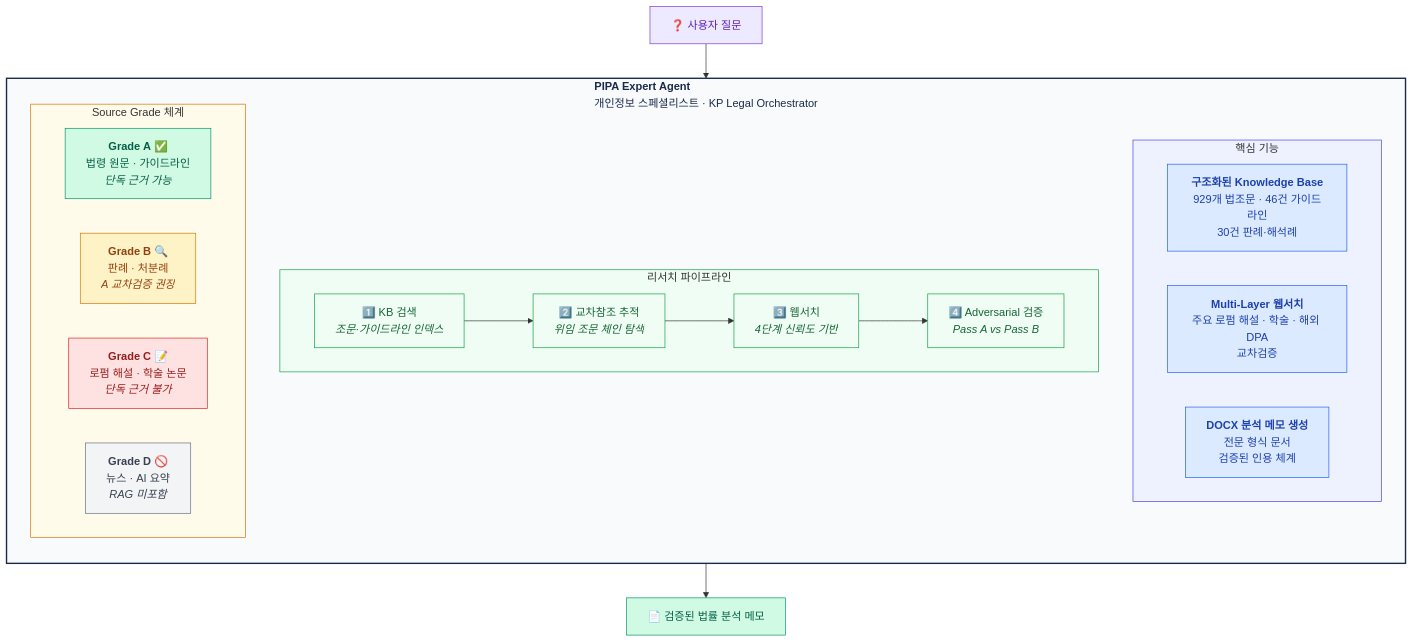
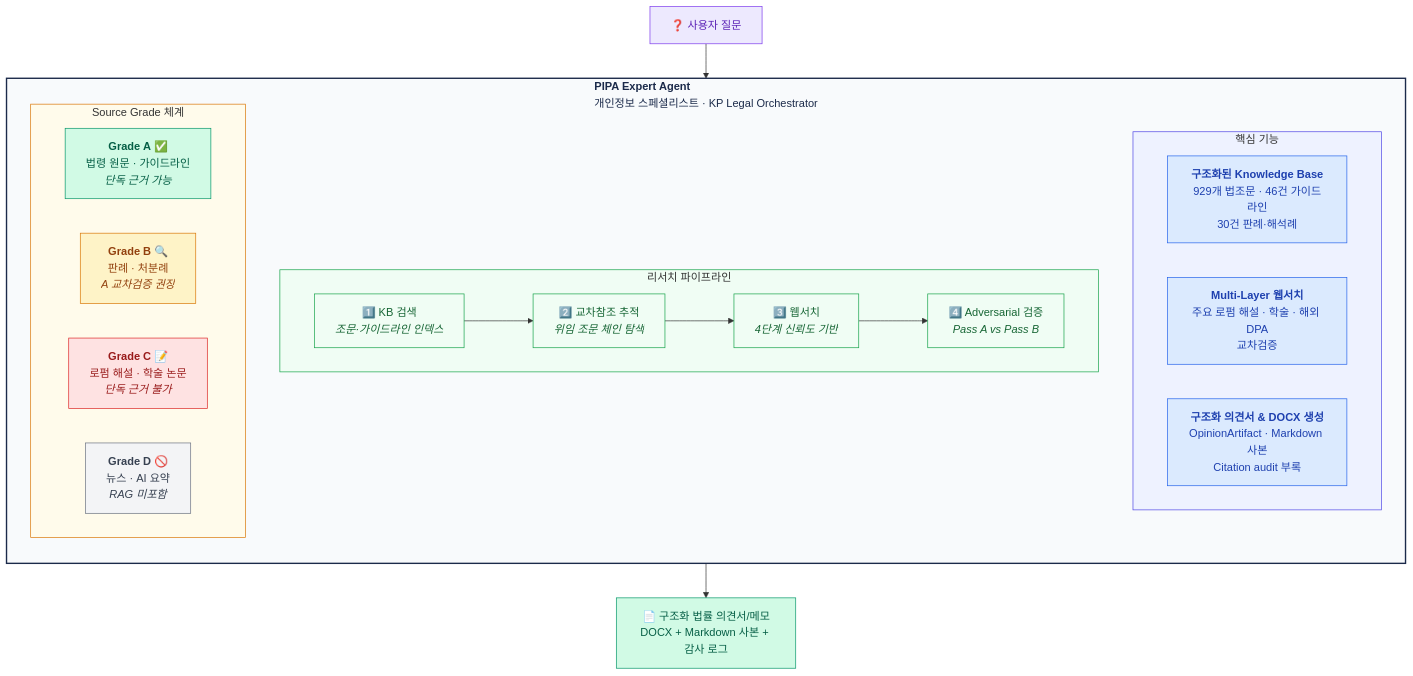
The first of 2 diagrams in README.ko.md (kipeum86/PIPA-expert), drawn with Mermaid before and after one commit. The commit also changed other lines of this file and 1 other file, not shown here.

Commit message:
docs(readme): align README with structured opinion workflow

````diff
--- a/README.ko.md
+++ b/README.ko.md
@@ -50,51 +50,51 @@
 ```mermaid
 graph TB
     subgraph agent["<b>PIPA Expert Agent</b><br/>개인정보 스페셜리스트 · KP Legal Orchestrator"]
         direction TB
 
         subgraph core["핵심 기능"]
             direction LR
             KB["<b>구조화된 Knowledge Base</b><br/>929개 법조문 · 46건 가이드라인<br/>30건 판례·해석례"]
             WS["<b>Multi-Layer 웹서치</b><br/>주요 로펌 해설 · 학술 · 해외 DPA<br/>교차검증"]
-            DX["<b>DOCX 분석 메모 생성</b><br/>전문 형식 문서<br/>검증된 인용 체계"]
+            DX["<b>구조화 의견서 &amp; DOCX 생성</b><br/>OpinionArtifact · Markdown 사본<br/>Citation audit 부록"]
         end
 
         subgraph pipeline["리서치 파이프라인"]
             direction LR
             S1["1️⃣ KB 검색<br/><i>조문·가이드라인 인덱스</i>"]
             S2["2️⃣ 교차참조 추적<br/><i>위임 조문 체인 탐색</i>"]
             S3["3️⃣ 웹서치<br/><i>4단계 신뢰도 기반</i>"]
             S4["4️⃣ Adversarial 검증<br/><i>Pass A vs Pass B</i>"]
             S1 --> S2 --> S3 --> S4
         end
 
         subgraph grades["Source Grade 체계"]
             direction LR
             GA["<b>Grade A</b> ✅<br/>법령 원문 · 가이드라인<br/><i>단독 근거 가능</i>"]
             GB["<b>Grade B</b> 🔍<br/>판례 · 처분례<br/><i>A 교차검증 권장</i>"]
             GC["<b>Grade C</b> 📝<br/>로펌 해설 · 학술 논문<br/><i>단독 근거 불가</i>"]
             GD["<b>Grade D</b> 🚫<br/>뉴스 · AI 요약<br/><i>RAG 미포함</i>"]
         end
     end
 
     Q["❓ 사용자 질문"] --> S1
-    S4 --> O["📄 검증된 법률 분석 메모"]
+    S4 --> O["📄 구조화 법률 의견서/메모<br/>DOCX + Markdown 사본 + 감사 로그"]
 
     style agent fill:#f8fafc,stroke:#1B2A4A,stroke-width:2px,color:#1B2A4A
     style core fill:#eef2ff,stroke:#4f46e5,stroke-width:1px
     style pipeline fill:#f0fdf4,stroke:#16a34a,stroke-width:1px
     style grades fill:#fffbeb,stroke:#d97706,stroke-width:1px
     style KB fill:#dbeafe,stroke:#2563eb,color:#1e40af
     style WS fill:#dbeafe,stroke:#2563eb,color:#1e40af
     style DX fill:#dbeafe,stroke:#2563eb,color:#1e40af
     style GA fill:#d1fae5,stroke:#059669,color:#065f46
     style GB fill:#fef3c7,stroke:#d97706,color:#92400e
     style GC fill:#fee2e2,stroke:#dc2626,color:#991b1b
     style GD fill:#f3f4f6,stroke:#6b7280,color:#374151
     style Q fill:#ede9fe,stroke:#7c3aed,color:#5b21b6
     style O fill:#d1fae5,stroke:#059669,color:#065f46
     style S1 fill:#f0fdf4,stroke:#16a34a,color:#166534
     style S2 fill:#f0fdf4,stroke:#16a34a,color:#166534
     style S3 fill:#f0fdf4,stroke:#16a34a,color:#166534
     style S4 fill:#f0fdf4,stroke:#16a34a,color:#166534
 ```
````
